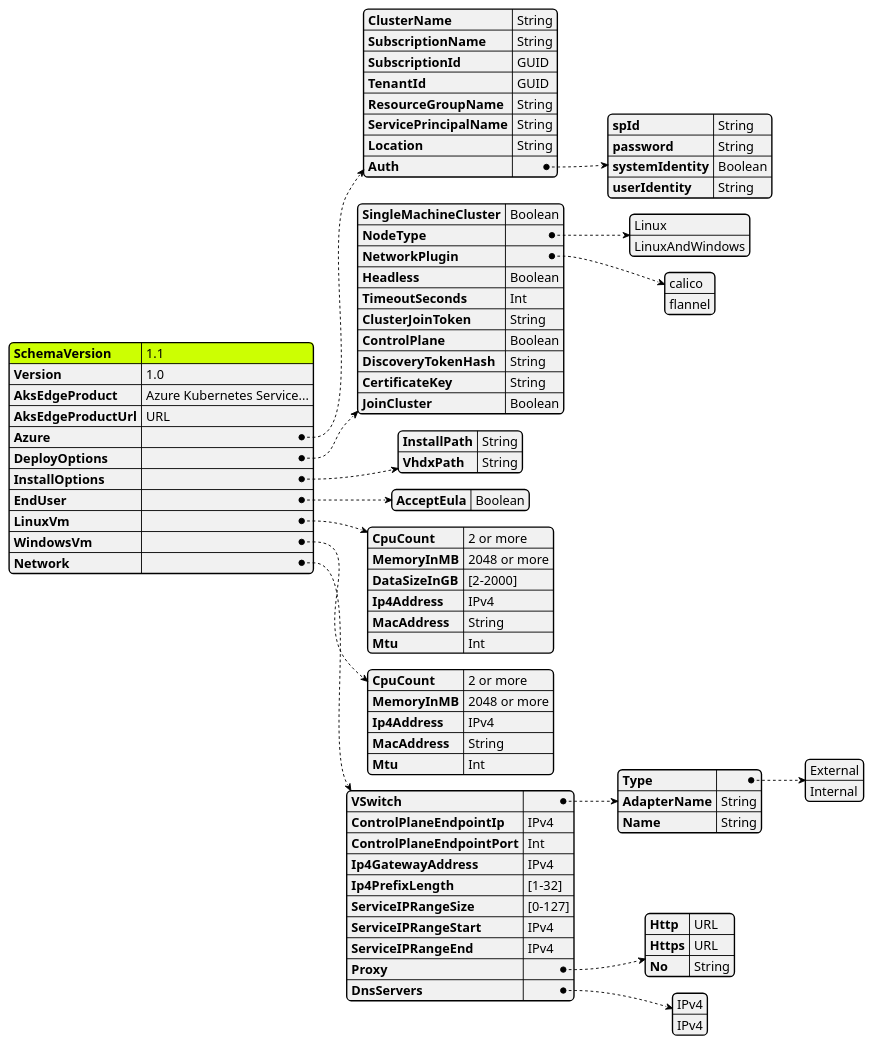
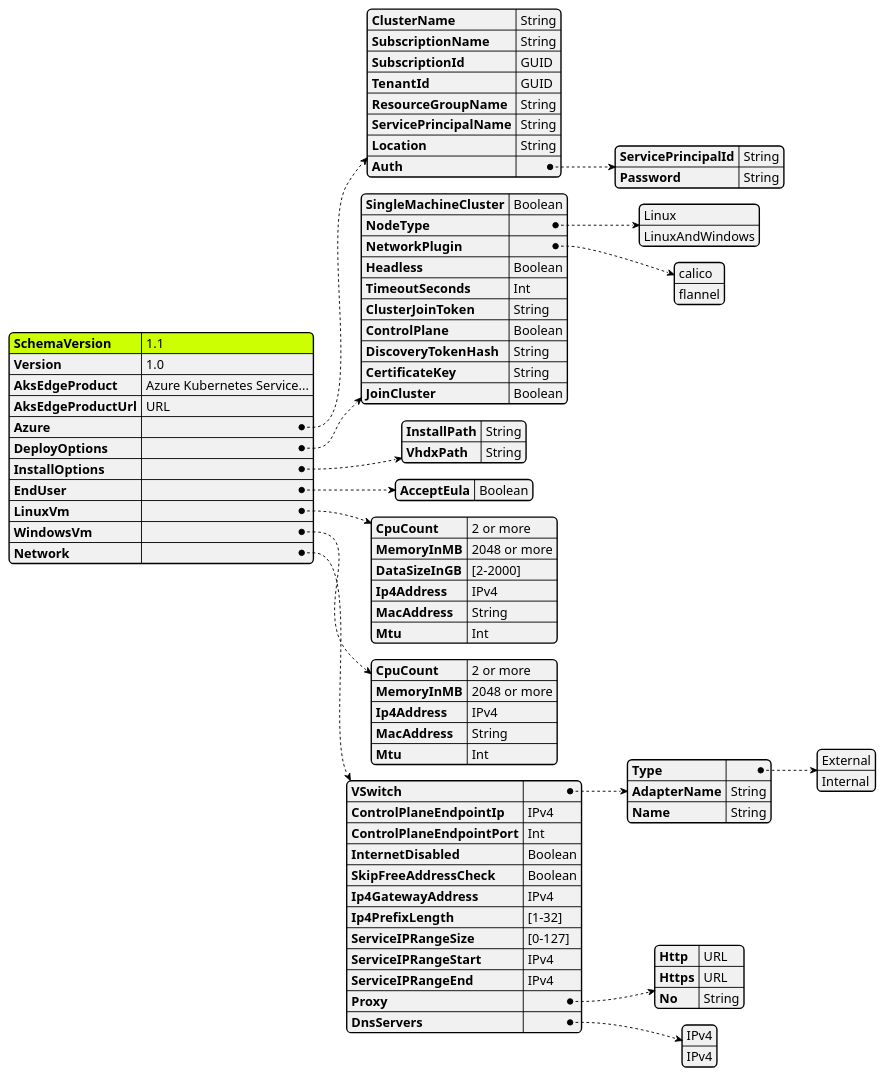
The diagram in tools/modules/AksEdgeDeploy/aide-userconfig.puml (Azure/AKS-Edge), drawn with PlantUML before and after one commit. The commit also changed 11 other files, not shown here.

```diff
--- a/tools/modules/AksEdgeDeploy/aide-userconfig.puml
+++ b/tools/modules/AksEdgeDeploy/aide-userconfig.puml
@@ -1,110 +1,110 @@
 @startjson AksEdgeDeploy
 <style>
 jsonDiagram {
     node {
         FontName Segoe UI SemiBold
         FontColor blue
         FontSize 14
         RoundCorner 10
         LineThickness 1
         separator {
             LineThickness 0.25
             LineColor black
         }
     }
     arrow {
         LineColor blue
         LineThickness 1
         LineStyle 2;5
     }
     highlight {
         BackgroundColor Blue
         FontColor White
     }
 }
 </style>
 #highlight "SchemaVersion"
 {
     "SchemaVersion":"1.1",
     "Version":"1.0",
     "AksEdgeProduct" : "Azure Kubernetes Service...",
     "AksEdgeProductUrl" : "URL",
     "Azure":{
         "ClusterName":"String",
         "SubscriptionName":"String",
         "SubscriptionId": "GUID",
         "TenantId":"GUID",
         "ResourceGroupName": "String",
         "ServicePrincipalName" : "String",
         "Location" : "String",
         "Auth": {
-            "spId" : "String",
-            "password" : "String",
-            "systemIdentity":"Boolean",
-            "userIdentity":"String"
+            "ServicePrincipalId" : "String",
+            "Password" : "String"
         }
     }
     ,
     "DeployOptions":{
         "SingleMachineCluster":"Boolean",
         "NodeType" : ["Linux","LinuxAndWindows"],
         "NetworkPlugin" : ["calico", "flannel"],
         "Headless":"Boolean",
         "TimeoutSeconds":"Int",
         "ClusterJoinToken": "String",
         "ControlPlane": "Boolean",
         "DiscoveryTokenHash": "String",
         "CertificateKey":"String",
         "JoinCluster": "Boolean"
     }
     ,
     "InstallOptions":{
         "InstallPath":"String",
         "VhdxPath":"String"
     }
     ,
     "EndUser":{
         "AcceptEula" : "Boolean"
     }
     ,
     "LinuxVm":{
         "CpuCount" : "2 or more",
         "MemoryInMB" : "2048 or more",
         "DataSizeInGB" : "[2-2000]",
         "Ip4Address": "IPv4",
         "MacAddress": "String",
         "Mtu": "Int"
     }
     ,
     "WindowsVm":{
         "CpuCount" : "2 or more",
         "MemoryInMB" : "2048 or more",
         "Ip4Address": "IPv4",
         "MacAddress": "String",
         "Mtu": "Int"
     }
     ,
     "Network":{
         "VSwitch": {
             "Type" : ["External", "Internal"],
             "AdapterName": "String",
             "Name" : "String"
         }
         ,
         "ControlPlaneEndpointIp":"IPv4",
         "ControlPlaneEndpointPort": "Int",
+        "InternetDisabled" : "Boolean",
+        "SkipFreeAddressCheck" : "Boolean",
         "Ip4GatewayAddress": "IPv4",
         "Ip4PrefixLength" : "[1-32]",
         "ServiceIPRangeSize" : "[0-127]",
         "ServiceIPRangeStart":"IPv4",
         "ServiceIPRangeEnd":"IPv4",
         "Proxy" : {
             "Http":"URL",
             "Https":"URL",
             "No":"String"
         }
         ,
         "DnsServers":["IPv4","IPv4"]
     }
 }
 @endjson
```
